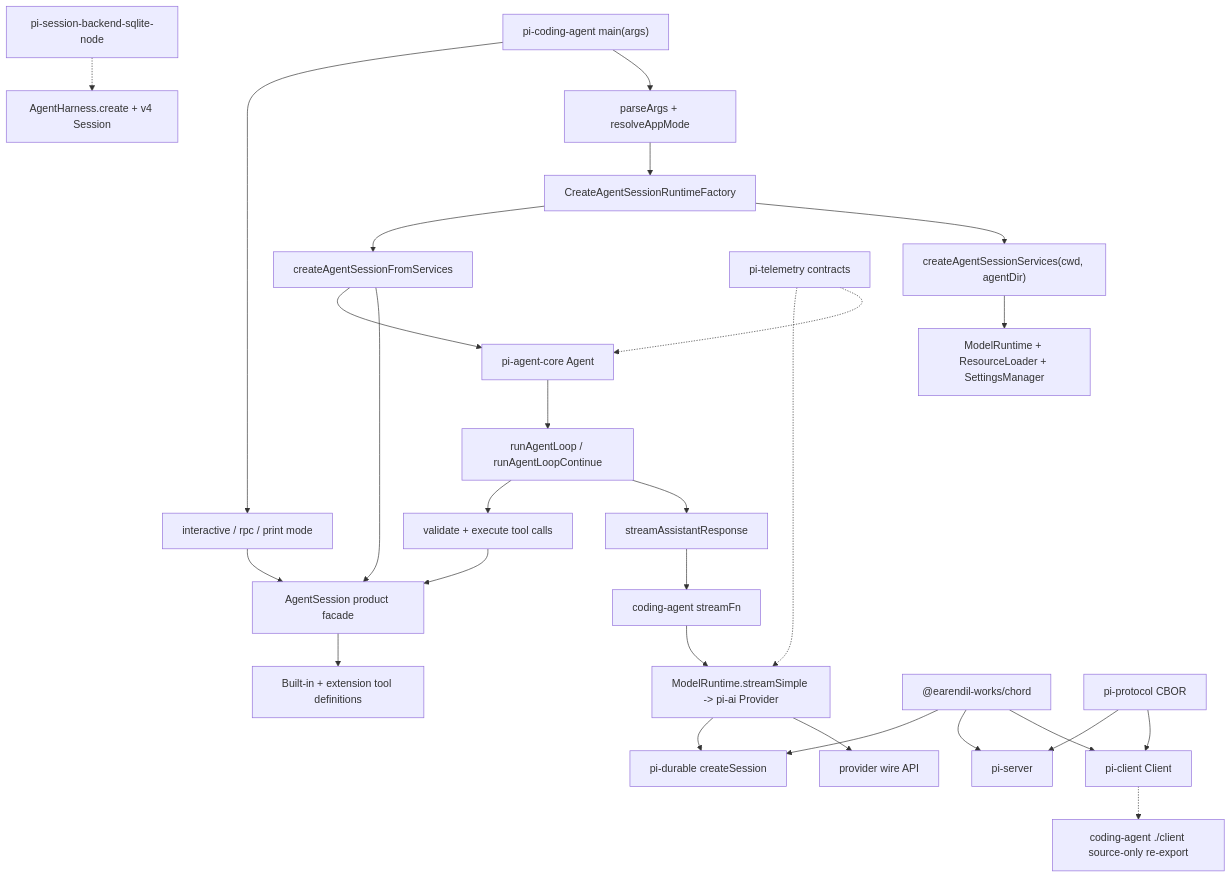
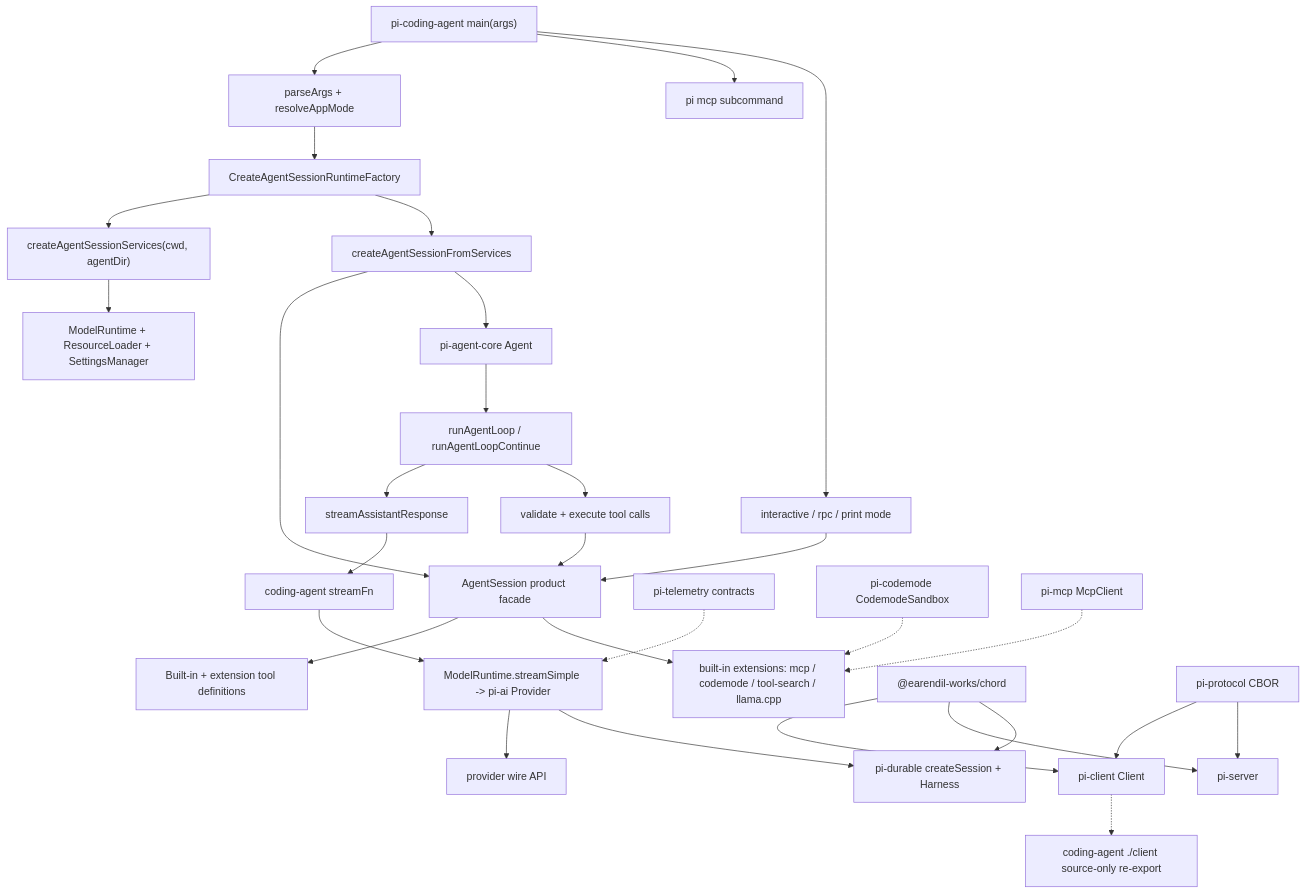
One commit to wdnmdtonyma/SOTA-Agent-LLM-Wiki changed the diagram in docs/llm-wiki/pi/spine/overview.md. Above: the diagram before and after it, drawn with Mermaid. The commit also changed other lines of this file and 246 other files, not shown here.

````diff
--- a/docs/llm-wiki/pi/spine/overview.md
+++ b/docs/llm-wiki/pi/spine/overview.md
@@ -90,30 +115,32 @@
 ```mermaid
 flowchart TD
   CLI["pi-coding-agent main(args)"] --> Parse["parseArgs + resolveAppMode"]
+  CLI --> McpCmd["pi mcp subcommand"]
   Parse --> RuntimeFactory["CreateAgentSessionRuntimeFactory"]
   RuntimeFactory --> Services["createAgentSessionServices(cwd, agentDir)"]
   Services --> Registry["ModelRuntime + ResourceLoader + SettingsManager"]
   RuntimeFactory --> SDK["createAgentSessionFromServices"]
   SDK --> Session["AgentSession product facade"]
   SDK --> CoreAgent["pi-agent-core Agent"]
   Session --> ToolDefs["Built-in + extension tool definitions"]
+  Session --> BuiltIns["built-in extensions: mcp / codemode / tool-search / llama.cpp"]
   CoreAgent --> Loop["runAgentLoop / runAgentLoopContinue"]
   Loop --> LLM["streamAssistantResponse"]
   LLM --> StreamFn["coding-agent streamFn"]
   StreamFn --> PiAI["ModelRuntime.streamSimple -> pi-ai Provider"]
   PiAI --> Wire["provider wire API"]
   Loop --> ToolExec["validate + execute tool calls"]
   ToolExec --> Session
   CLI --> Modes["interactive / rpc / print mode"]
   Modes --> Session
-  Telemetry["pi-telemetry contracts"] -.-> CoreAgent
-  Telemetry -.-> PiAI
-  SQLite["pi-session-backend-sqlite-node"] -.-> Harness["AgentHarness.create + v4 Session"]
+  Telemetry["pi-telemetry contracts"] -.-> PiAI
+  Codemode["pi-codemode CodemodeSandbox"] -.-> BuiltIns
+  McpPkg["pi-mcp McpClient"] -.-> BuiltIns
   Chord["@earendil-works/chord"] --> Client["pi-client Client"]
   Chord --> Server["pi-server"]
-  Chord --> Durable["pi-durable createSession"]
+  Chord --> Durable["pi-durable createSession + Harness"]
   PiAI --> Durable
   Protocol["pi-protocol CBOR"] --> Client
   Protocol --> Server
   Client -.-> Reexport["coding-agent ./client source-only re-export"]
 ```
````
